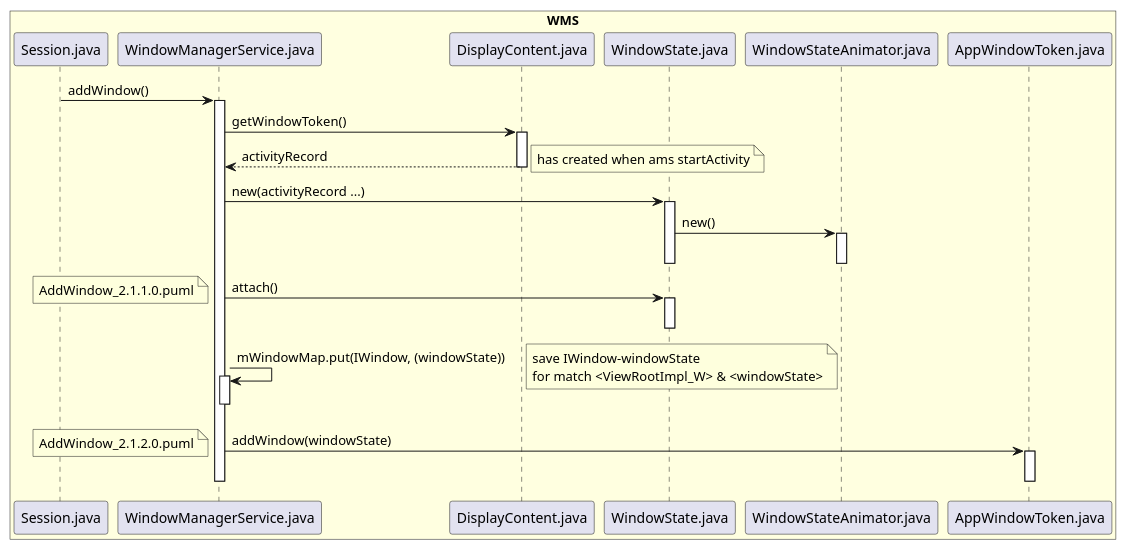
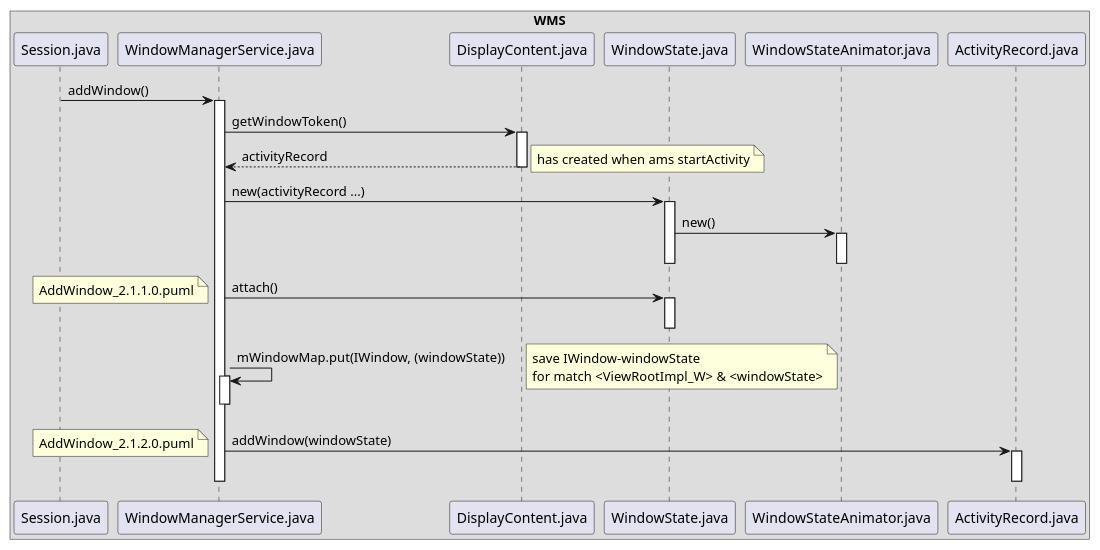
One commit to javalive09/UML changed the diagram in android11/addwindow/AddWindow_2.1.0.0_activity.puml. Above: the diagram before and after it, drawn with PlantUML. The commit also changed 24 other files, not shown here.

Commit message:
update uml

```diff
--- a/android11/addwindow/AddWindow_2.1.0.0_activity.puml
+++ b/android11/addwindow/AddWindow_2.1.0.0_activity.puml
@@ -1,52 +1,52 @@
 @startuml
 
-box "WMS" #LightYellow
+box "WMS"
 participant Session.java
 participant WindowManagerService.java
 participant DisplayContent.java
 participant WindowState.java
 participant WindowStateAnimator.java
-participant AppWindowToken.java
+participant ActivityRecord.java
 end box
 
 Session.java -> WindowManagerService.java: addWindow()
 activate WindowManagerService.java
 
 
 WindowManagerService.java -> DisplayContent.java: getWindowToken()
 activate DisplayContent.java
 DisplayContent.java --> WindowManagerService.java: activityRecord
 deactivate DisplayContent.java
 note right: has created when ams startActivity
 WindowManagerService.java -> WindowState.java: new(activityRecord ...)
 activate WindowState.java
 WindowState.java -> WindowStateAnimator.java: new()
 activate WindowStateAnimator.java
 deactivate WindowStateAnimator.java
 
 
 deactivate WindowState.java
 
 WindowManagerService.java -> WindowState.java: attach()
 activate WindowState.java
 deactivate WindowState.java
 note left:AddWindow_2.1.1.0.puml
 
 WindowManagerService.java -> WindowManagerService.java: mWindowMap.put(IWindow, (windowState))
 activate WindowManagerService.java
 deactivate WindowManagerService.java
 note right
 save IWindow-windowState
 for match <ViewRootImpl_W> & <windowState>
 end note
 
 
-WindowManagerService.java -> AppWindowToken.java: addWindow(windowState)
-activate AppWindowToken.java
-deactivate AppWindowToken.java
+WindowManagerService.java -> ActivityRecord.java: addWindow(windowState)
+activate ActivityRecord.java
+deactivate ActivityRecord.java
 deactivate WindowManagerService.java
 note left:AddWindow_2.1.2.0.puml
 
 
 
 @enduml
```
